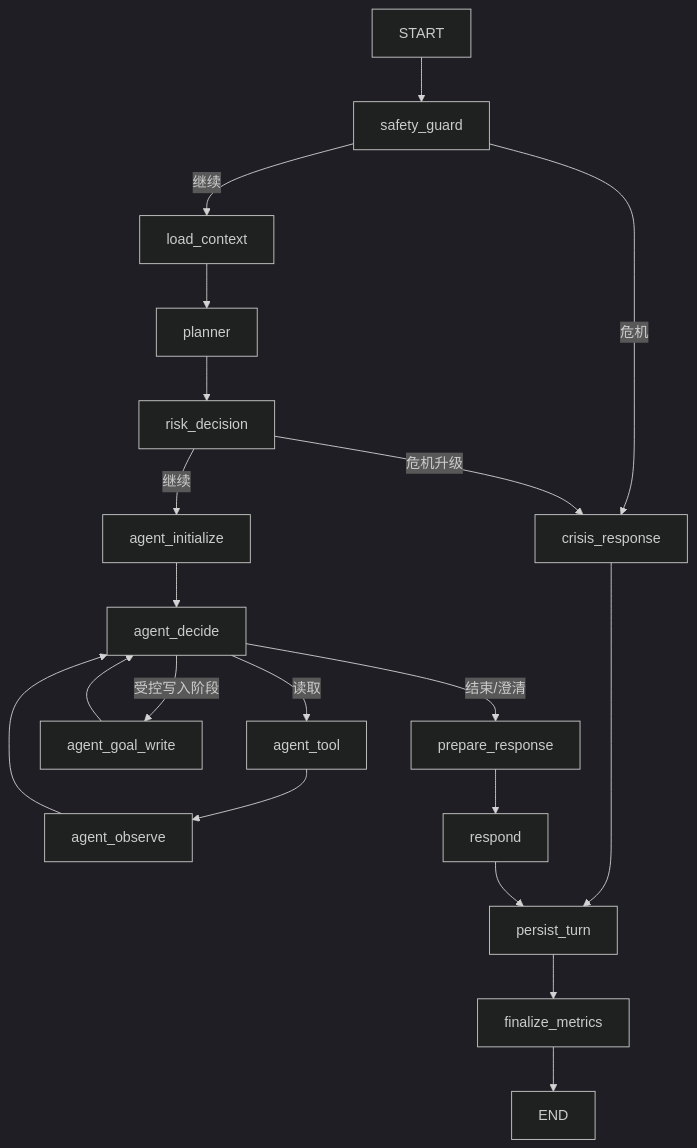
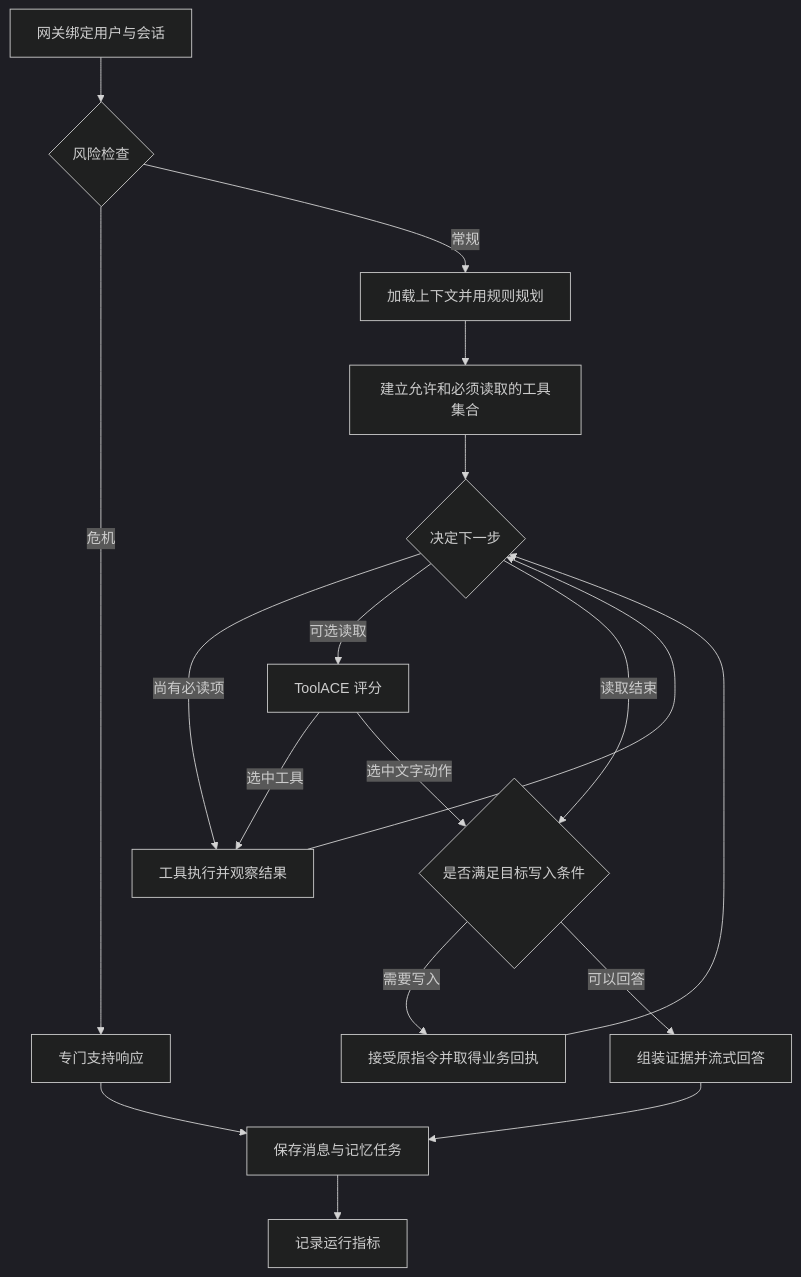
One commit to Vaniloo/psych-agent-engineering changed the second of 2 diagrams in docs/architecture.md. Above: the diagram before and after it, drawn with Mermaid (dark theme). The commit also changed other lines of this file and 255 other files, not shown here.

````diff
--- a/docs/architecture.md
+++ b/docs/architecture.md
@@ -23,22 +26,20 @@
 ```mermaid
 flowchart TD
-    START --> SAFE[safety_guard]
-    SAFE -->|危机| CRISIS[crisis_response]
-    SAFE -->|继续| LOAD[load_context]
-    LOAD --> PLAN[planner]
-    PLAN --> RISK[risk_decision]
-    RISK -->|危机升级| CRISIS
-    RISK -->|继续| INIT[agent_initialize]
-    INIT --> DECIDE[agent_decide]
-    DECIDE -->|读取| TOOL[agent_tool]
-    TOOL --> OBS[agent_observe]
-    OBS --> DECIDE
-    DECIDE -->|受控写入阶段| WRITE[agent_goal_write]
-    WRITE --> DECIDE
-    DECIDE -->|结束/澄清| PREP[prepare_response]
-    PREP --> RESP[respond]
-    CRISIS --> SAVE[persist_turn]
-    RESP --> SAVE
-    SAVE --> METRIC[finalize_metrics]
-    METRIC --> END
+  A[网关绑定用户与会话] --> B{风险检查}
+  B -->|危机| C[专门支持响应]
+  B -->|常规| D[加载上下文并用规则规划]
+  D --> E[建立允许和必须读取的工具集合]
+  E --> F{决定下一步}
+  F -->|尚有必读项| G[工具执行并观察结果]
+  F -->|可选读取| Q[ToolACE 评分]
+  Q -->|选中工具| G
+  G --> F
+  Q -->|选中文字动作| H{是否满足目标写入条件}
+  F -->|读取结束| H
+  H -->|需要写入| W[接受原指令并取得业务回执]
+  W --> F
+  H -->|可以回答| R[组装证据并流式回答]
+  C --> P[保存消息与记忆任务]
+  R --> P
+  P --> Z[记录运行指标]
 ```
````
